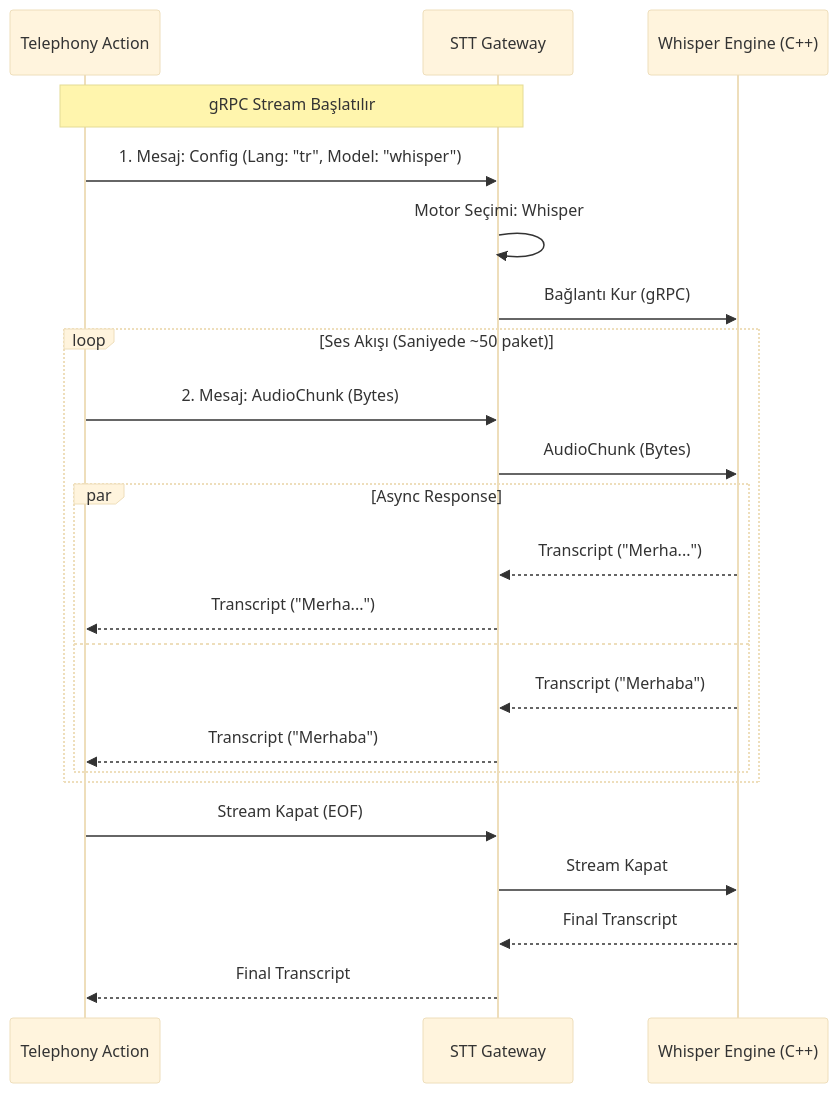
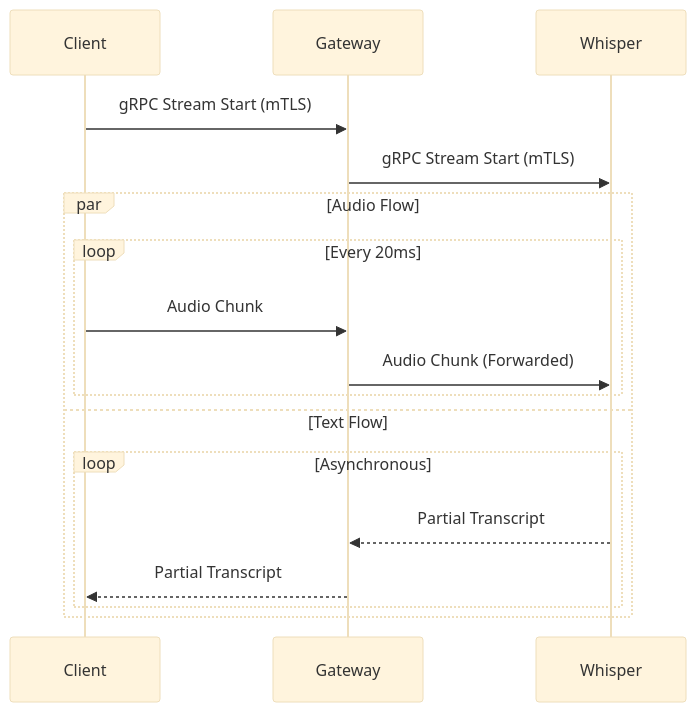
Before and after one commit to sentiric/sentiric-stt-gateway-service: the diagram in LOGIC.md, drawn with Mermaid (base theme). The commit also changed other lines of this file and 11 other files, not shown here.

First line of the commit message:
feat(stt-gateway): implement bi-directional streaming with mTLS

````diff
--- a/LOGIC.md
+++ b/LOGIC.md
@@ -19,30 +7,21 @@
 ```mermaid
 sequenceDiagram
-    participant Client as Telephony Action
-    participant GW as STT Gateway
-    participant Whisper as Whisper Engine (C++)
+    participant Client
+    participant Gateway
+    participant Whisper
 
-    Note over Client, GW: gRPC Stream Başlatılır
+    Client->>Gateway: gRPC Stream Start (mTLS)
+    Gateway->>Whisper: gRPC Stream Start (mTLS)
 
-    Client->>GW: 1. Mesaj: Config (Lang: "tr", Model: "whisper")
-    GW->>GW: Motor Seçimi: Whisper
-    GW->>Whisper: Bağlantı Kur (gRPC)
-    
-    loop Ses Akışı (Saniyede ~50 paket)
-        Client->>GW: 2. Mesaj: AudioChunk (Bytes)
-        GW->>Whisper: AudioChunk (Bytes)
-        
-        par Async Response
-            Whisper-->>GW: Transcript ("Merha...")
-            GW-->>Client: Transcript ("Merha...")
-        and
-            Whisper-->>GW: Transcript ("Merhaba")
-            GW-->>Client: Transcript ("Merhaba")
+    par Audio Flow
+        loop Every 20ms
+            Client->>Gateway: Audio Chunk
+            Gateway->>Whisper: Audio Chunk (Forwarded)
+        end
+    and Text Flow
+        loop Asynchronous
+            Whisper-->>Gateway: Partial Transcript
+            Gateway-->>Client: Partial Transcript
         end
     end
-    
-    Client->>GW: Stream Kapat (EOF)
-    GW->>Whisper: Stream Kapat
-    Whisper-->>GW: Final Transcript
-    GW-->>Client: Final Transcript
 ```
````
